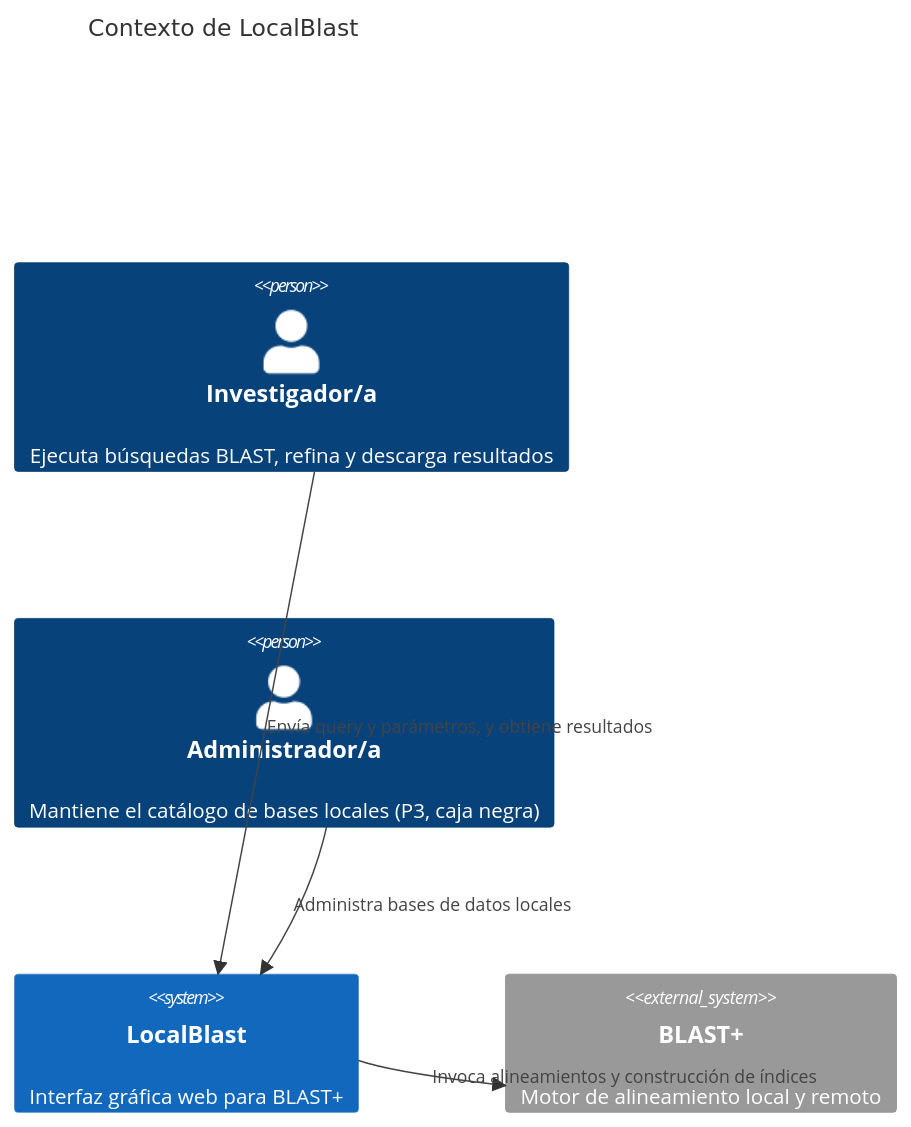
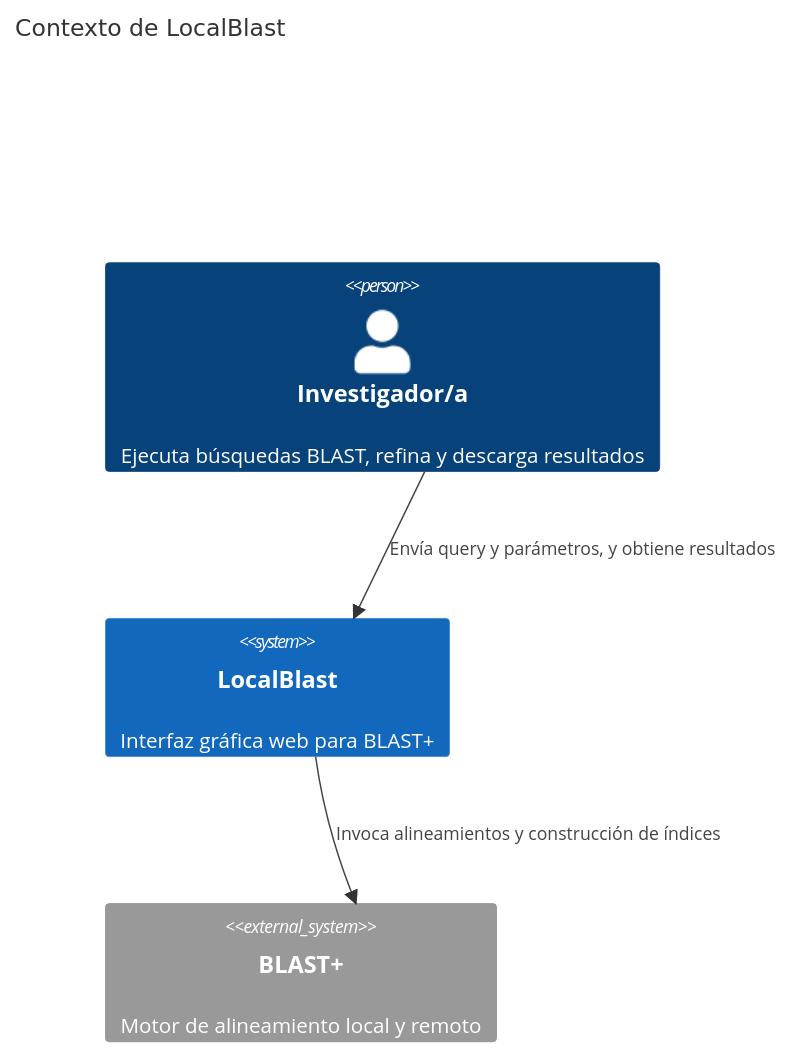
Before and after one commit to AgustinGaitan2/LocalBlast_2026: the first of 3 diagrams in docs/architecture/architecture.md, drawn with Mermaid. The commit also changed other lines of this file, not shown here.

Commit message:
docs(architecture.md): Modifico: Contexto

````diff
--- a/docs/architecture/architecture.md
+++ b/docs/architecture/architecture.md
@@ -75,12 +74,13 @@
 ```mermaid
 C4Context
     title Contexto de LocalBlast
+    
     Person(inv, "Investigador/a", "Ejecuta búsquedas BLAST, refina y descarga resultados")
-    Person(adm, "Administrador/a", "Mantiene el catálogo de bases locales (P3, caja negra)")
     System(lb, "LocalBlast", "Interfaz gráfica web para BLAST+")
     System_Ext(blast, "BLAST+", "Motor de alineamiento local y remoto")
-    Rel(inv, lb, "Envía query y parámetros, y obtiene resultados")
-    Rel(adm, lb, "Administra bases de datos locales")
-    Rel(lb, blast, "Invoca alineamientos y construcción de índices")
-    UpdateLayoutConfig($c4ShapeInRow="2", $c4BoundaryInRow="1")
+    
+    Rel_Down(inv, lb, "Envía query y parámetros, y obtiene resultados")
+    Rel_Down(lb, blast, "Invoca alineamientos y construcción de índices")
+    
+    UpdateLayoutConfig($c4ShapeInRow="1")
 ```
````
